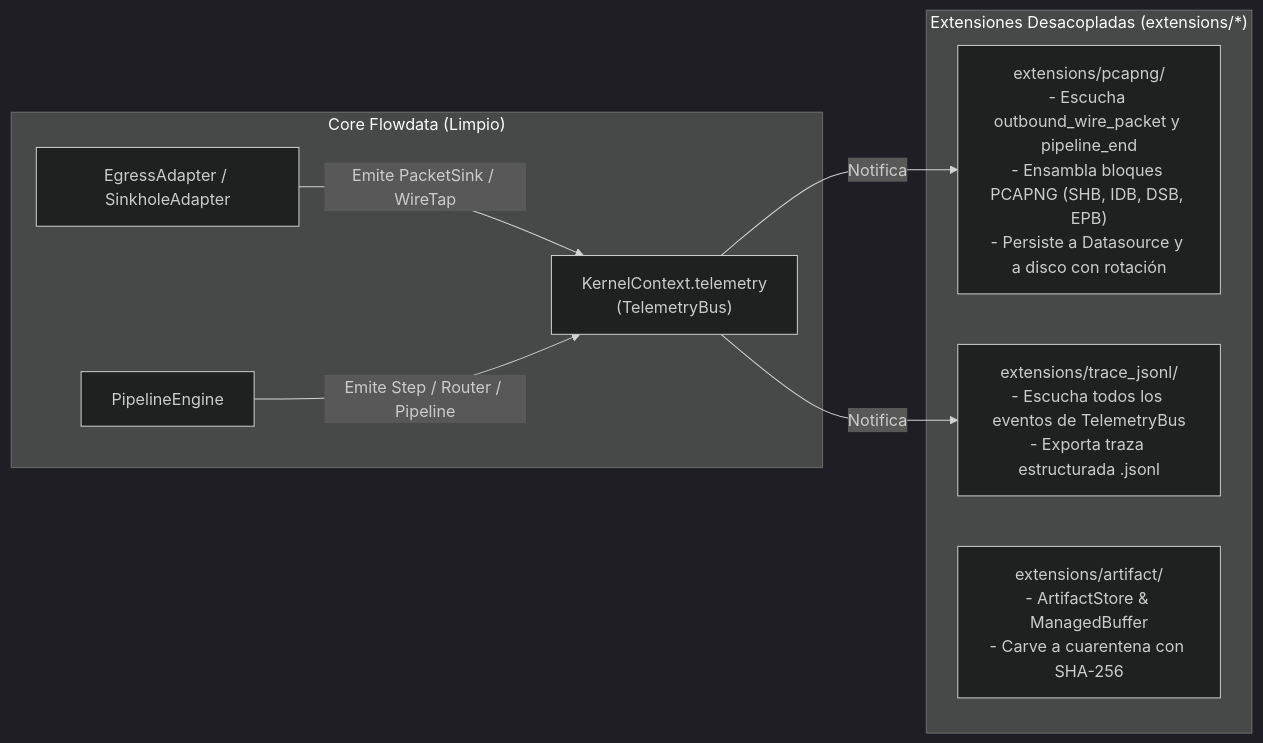
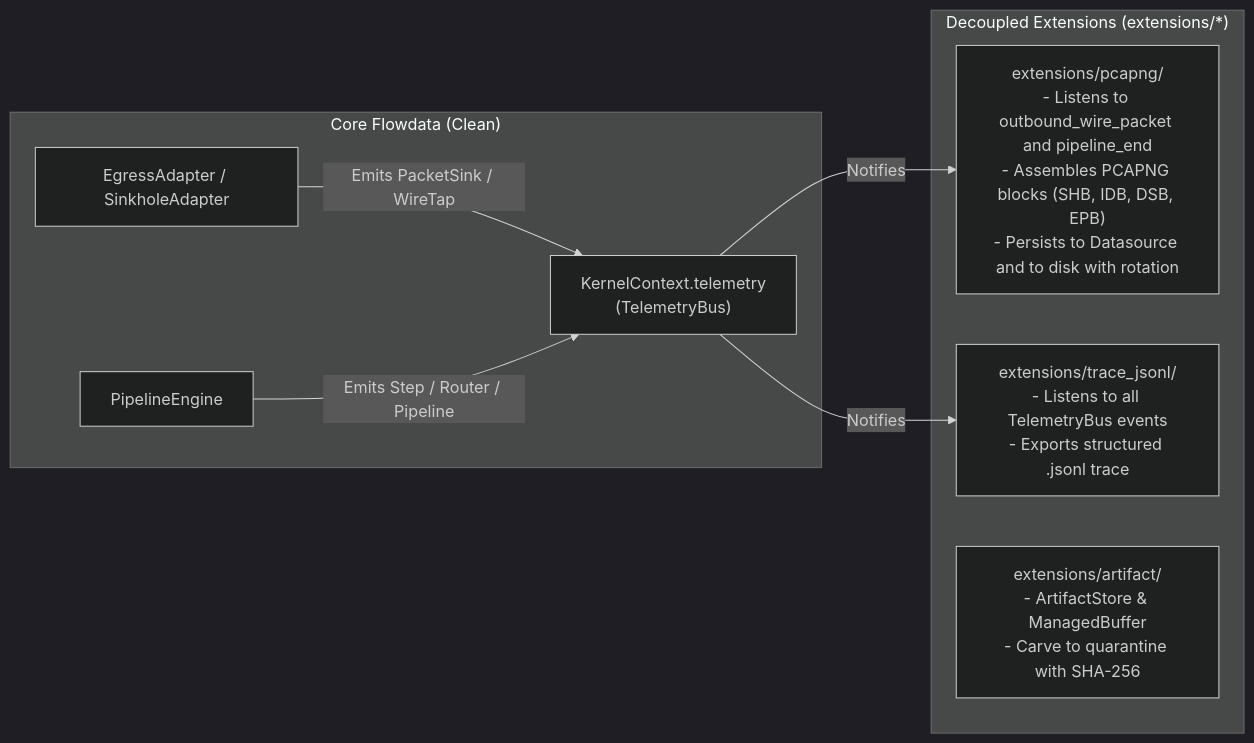
Before and after one commit to g-gar/vidsec: the first of 3 diagrams in docs/development/003-core-debloating-and-pcapng-extraction.md, drawn with Mermaid (dark theme). The commit also changed other lines of this file and 6 other files, not shown here.

````diff
--- a/docs/development/003-core-debloating-and-pcapng-extraction.md
+++ b/docs/development/003-core-debloating-and-pcapng-extraction.md
@@ -30,18 +30,18 @@
 ```mermaid
 flowchart LR
-    subgraph CleanCore["Core Flowdata (Limpio)"]
+    subgraph CleanCore["Core Flowdata (Clean)"]
         OutAdapter["EgressAdapter / SinkholeAdapter"]
         Engine["PipelineEngine"]
         Bus["KernelContext.telemetry<br/>(TelemetryBus)"]
     end
 
-    subgraph ExtractedExtensions["Extensiones Desacopladas (extensions/*)"]
-        ExtPcap["extensions/pcapng/<br/>- Escucha outbound_wire_packet y pipeline_end<br/>- Ensambla bloques PCAPNG (SHB, IDB, DSB, EPB)<br/>- Persiste a Datasource y a disco con rotación"]
-        ExtTrace["extensions/trace_jsonl/<br/>- Escucha todos los eventos de TelemetryBus<br/>- Exporta traza estructurada .jsonl"]
-        ExtArtifact["extensions/artifact/<br/>- ArtifactStore & ManagedBuffer<br/>- Carve a cuarentena con SHA-256"]
+    subgraph ExtractedExtensions["Decoupled Extensions (extensions/*)"]
+        ExtPcap["extensions/pcapng/<br/>- Listens to outbound_wire_packet and pipeline_end<br/>- Assembles PCAPNG blocks (SHB, IDB, DSB, EPB)<br/>- Persists to Datasource and to disk with rotation"]
+        ExtTrace["extensions/trace_jsonl/<br/>- Listens to all TelemetryBus events<br/>- Exports structured .jsonl trace"]
+        ExtArtifact["extensions/artifact/<br/>- ArtifactStore & ManagedBuffer<br/>- Carve to quarantine with SHA-256"]
     end
 
-    OutAdapter -->|"Emite PacketSink / WireTap"| Bus
-    Engine -->|"Emite Step / Router / Pipeline"| Bus
-    Bus -->|"Notifica"| ExtPcap & ExtTrace
+    OutAdapter -->|"Emits PacketSink / WireTap"| Bus
+    Engine -->|"Emits Step / Router / Pipeline"| Bus
+    Bus -->|"Notifies"| ExtPcap & ExtTrace
 ```
````
